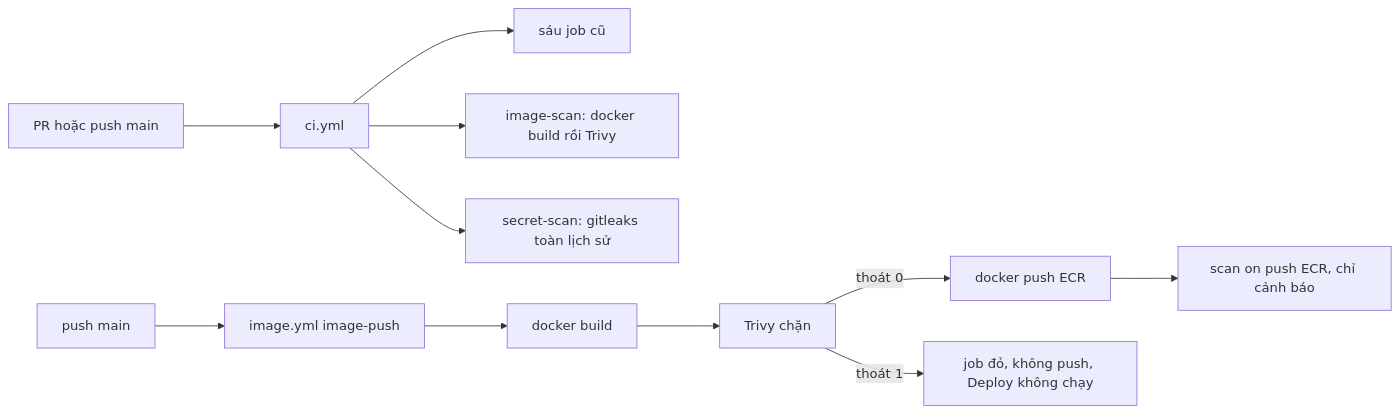
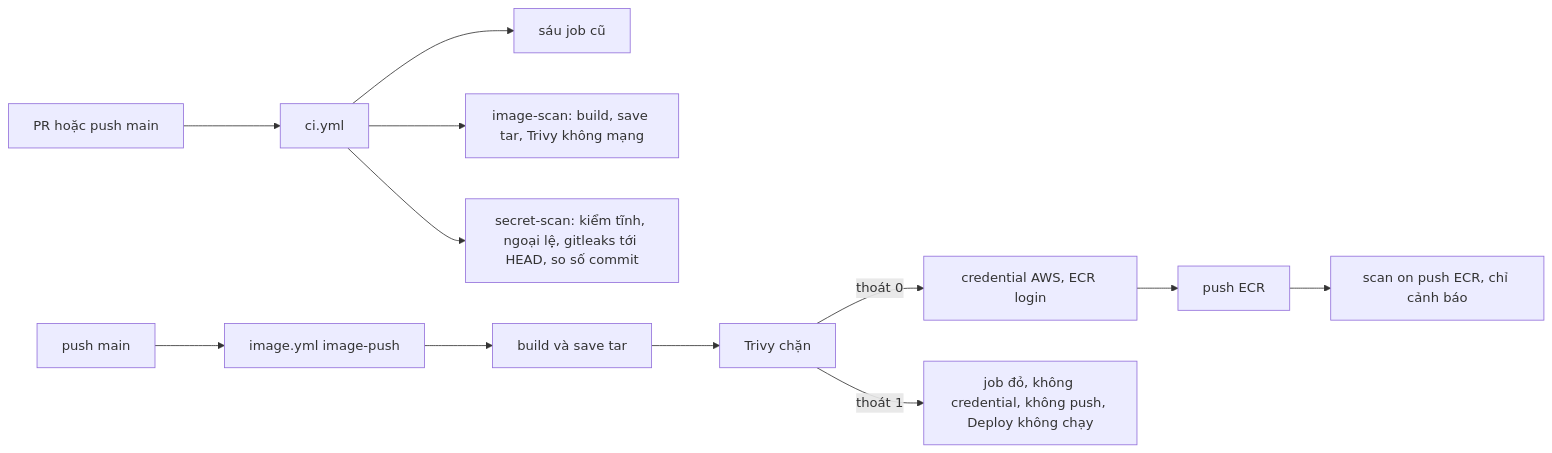
The diagram in docs/features/DBS-155-ci-image-secret-scan.md (Lawliet119/digital-banking-simulator), drawn with Mermaid before and after one commit. The commit also changed other lines of this file and 1 other file, not shown here.

Commit message:
docs(ci): revise DBS-155 design after domain review round 1, add local scan baseline

````diff
--- a/docs/features/DBS-155-ci-image-secret-scan.md
+++ b/docs/features/DBS-155-ci-image-secret-scan.md
@@ -138,10 +173,11 @@
 ```mermaid
 flowchart LR
     PR[PR hoặc push main] --> CI[ci.yml]
     CI --> J6[sáu job cũ]
-    CI --> IS[image-scan: docker build rồi Trivy]
-    CI --> SS[secret-scan: gitleaks toàn lịch sử]
+    CI --> IS[image-scan: build, save tar, Trivy không mạng]
+    CI --> SS[secret-scan: kiểm tĩnh, ngoại lệ, gitleaks tới HEAD, so số commit]
     M[push main] --> IMG[image.yml image-push]
-    IMG --> B[docker build] --> T[Trivy chặn] -->|thoát 0| P[docker push ECR] --> ECR[scan on push ECR, chỉ cảnh báo]
-    T -->|thoát 1| X[job đỏ, không push, Deploy không chạy]
+    IMG --> B[build và save tar] --> T[Trivy chặn]
+    T -->|thoát 0| C[credential AWS, ECR login] --> P[push ECR] --> ECR[scan on push ECR, chỉ cảnh báo]
+    T -->|thoát 1| X[job đỏ, không credential, không push, Deploy không chạy]
 ```
````
